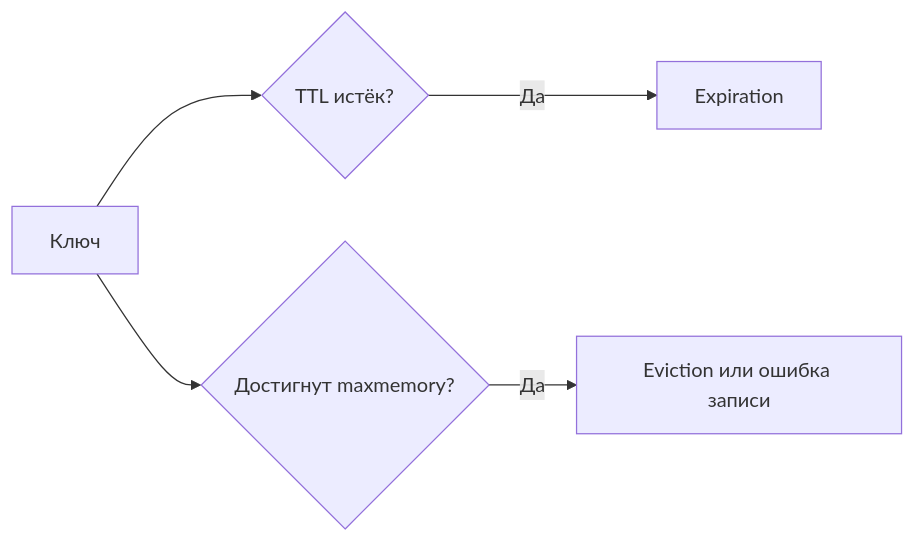
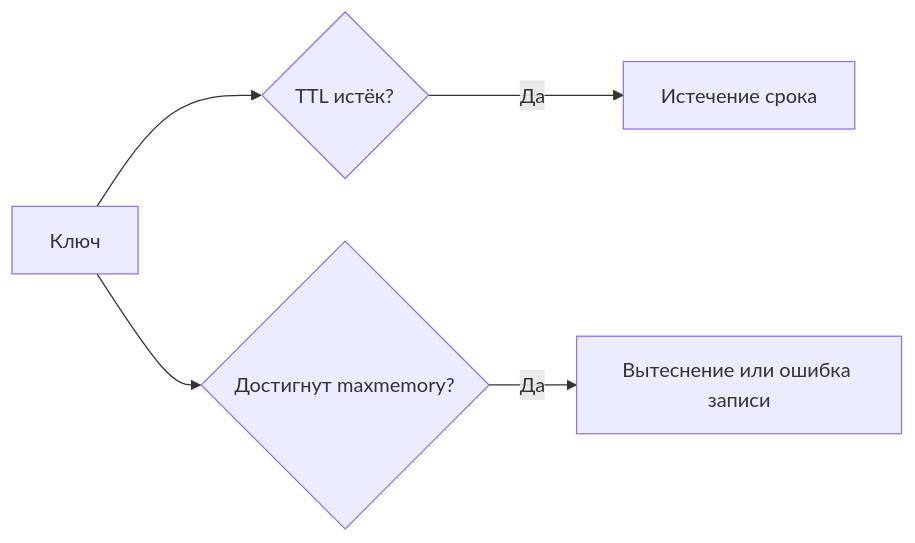
One commit to leary1337/vault changed the diagram in docs/databases/redis/expiration-and-eviction.md. Above: the diagram before and after it, drawn with Mermaid. The commit also changed other lines of this file and 325 other files, not shown here.

````diff
--- a/docs/databases/redis/expiration-and-eviction.md
+++ b/docs/databases/redis/expiration-and-eviction.md
@@ -59,7 +44,7 @@
 ```mermaid
 flowchart LR
     Key[Ключ] --> Time{TTL истёк?}
-    Time -->|Да| Expire[Expiration]
+    Time -->|Да| Expire[Истечение срока]
     Key --> Memory{Достигнут maxmemory?}
-    Memory -->|Да| Policy[Eviction или ошибка записи]
+    Memory -->|Да| Policy[Вытеснение или ошибка записи]
 ```
````
